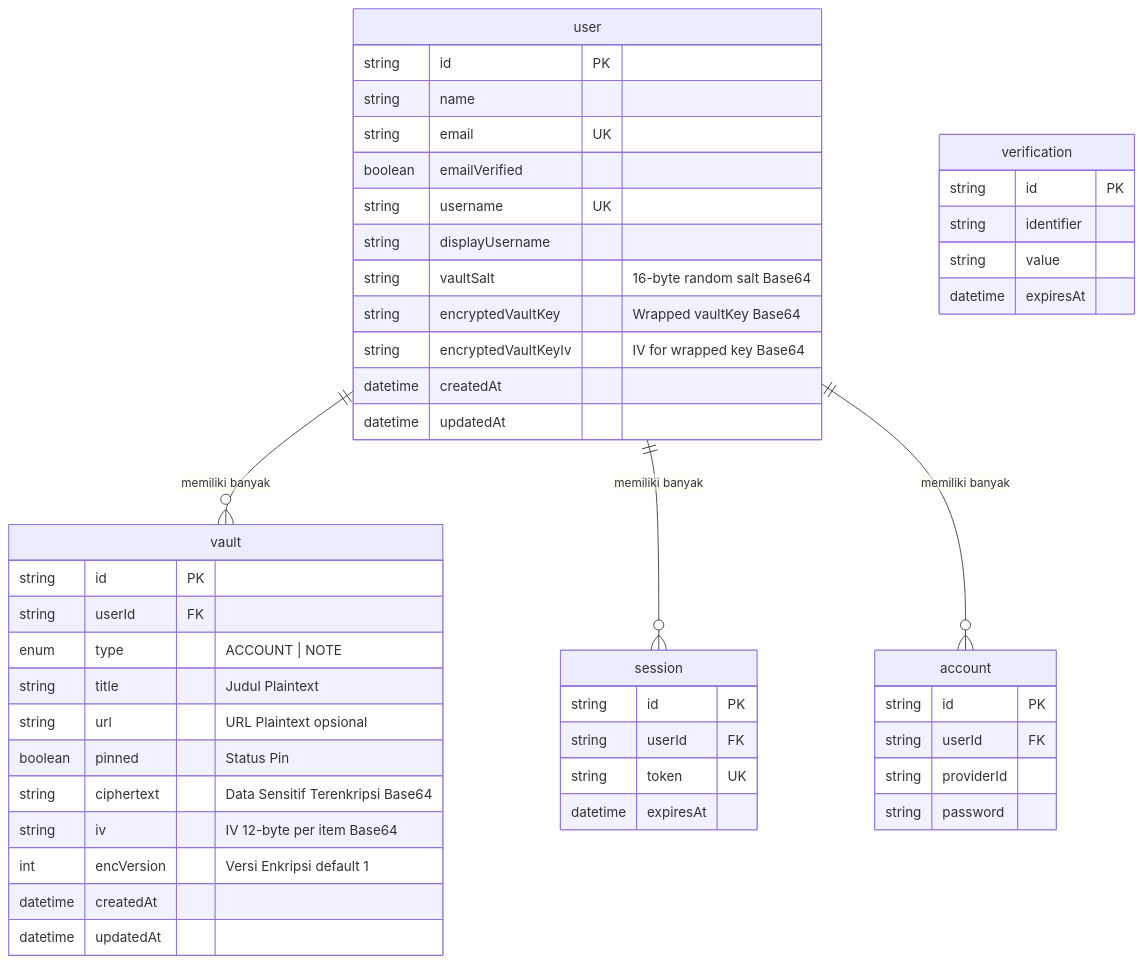
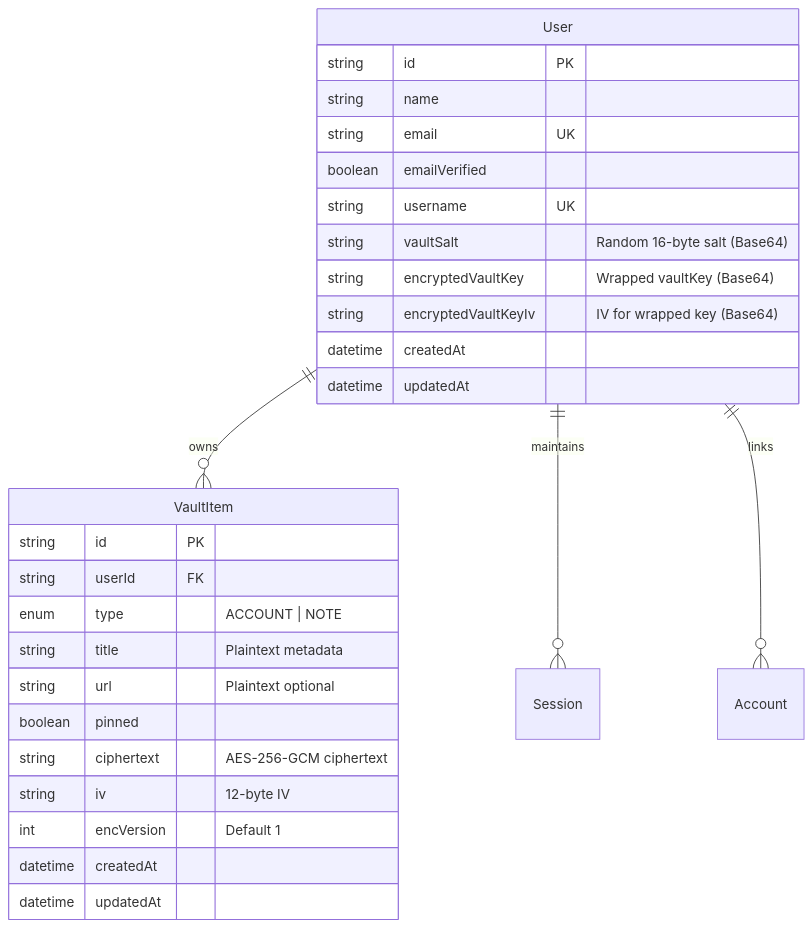
One commit to san64byte/centinela changed the second of 2 diagrams in PRD.md. Above: the diagram before and after it, drawn with Mermaid. The commit also changed other lines of this file and 17 other files, not shown here.

````diff
--- a/PRD.md
+++ b/PRD.md
@@ -242,55 +133,33 @@
 ```mermaid
 erDiagram
-    user ||--o{ vault : "memiliki banyak"
-    user ||--o{ session : "memiliki banyak"
-    user ||--o{ account : "memiliki banyak"
+    User ||--o{ VaultItem : owns
+    User ||--o{ Session : maintains
+    User ||--o{ Account : links
 
-    user {
+    User {
         string id PK
         string name
         string email UK
         boolean emailVerified
         string username UK
-        string displayUsername
-        string vaultSalt "16-byte random salt Base64"
-        string encryptedVaultKey "Wrapped vaultKey Base64"
-        string encryptedVaultKeyIv "IV for wrapped key Base64"
+        string vaultSalt "Random 16-byte salt (Base64)"
+        string encryptedVaultKey "Wrapped vaultKey (Base64)"
+        string encryptedVaultKeyIv "IV for wrapped key (Base64)"
         datetime createdAt
         datetime updatedAt
     }
 
-    vault {
+    VaultItem {
         string id PK
         string userId FK
         enum type "ACCOUNT | NOTE"
-        string title "Judul Plaintext"
-        string url "URL Plaintext opsional"
-        boolean pinned "Status Pin"
-        string ciphertext "Data Sensitif Terenkripsi Base64"
-        string iv "IV 12-byte per item Base64"
-        int encVersion "Versi Enkripsi default 1"
+        string title "Plaintext metadata"
+        string url "Plaintext optional"
+        boolean pinned
+        string ciphertext "AES-256-GCM ciphertext"
+        string iv "12-byte IV"
+        int encVersion "Default 1"
         datetime createdAt
         datetime updatedAt
     }
-
-    session {
-        string id PK
-        string userId FK
-        string token UK
-        datetime expiresAt
-    }
-
-    account {
-        string id PK
-        string userId FK
-        string providerId
-        string password
-    }
-
-    verification {
-        string id PK
-        string identifier
-        string value
-        datetime expiresAt
-    }
 ```
````
